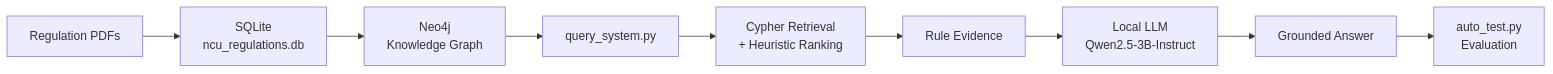
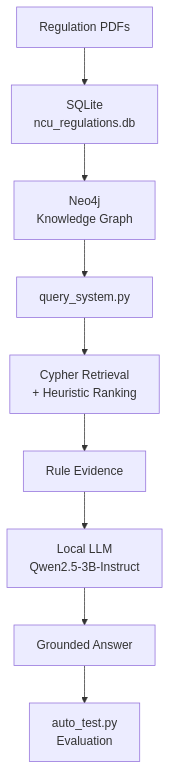
The first of 3 diagrams in README.md (JosephLaiWorks/ncu-regulation-kg-qa), drawn with Mermaid before and after one commit.

````diff
--- a/README.md
+++ b/README.md
@@ -57,21 +57,21 @@
 ```mermaid
-flowchart LR
+flowchart TD
     PDF["Regulation PDFs"]
     SQLite["SQLite<br/>ncu_regulations.db"]
     KG["Neo4j<br/>Knowledge Graph"]
     QA["query_system.py"]
     Retrieval["Cypher Retrieval<br/>+ Heuristic Ranking"]
     Evidence["Rule Evidence"]
     LLM["Local LLM<br/>Qwen2.5-3B-Instruct"]
     Answer["Grounded Answer"]
     Eval["auto_test.py<br/>Evaluation"]
 
     PDF --> SQLite
     SQLite --> KG
     KG --> QA
     QA --> Retrieval
     Retrieval --> Evidence
     Evidence --> LLM
     LLM --> Answer
     Answer --> Eval
 ```
````
